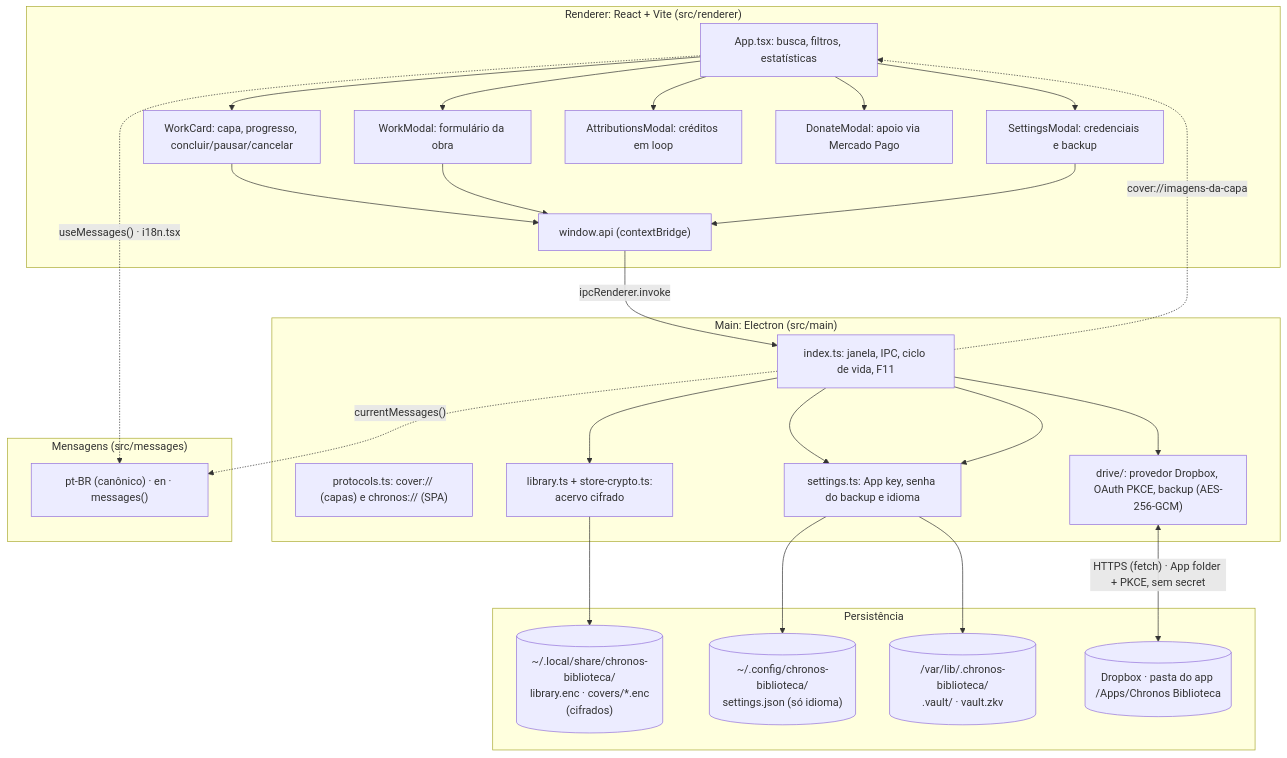
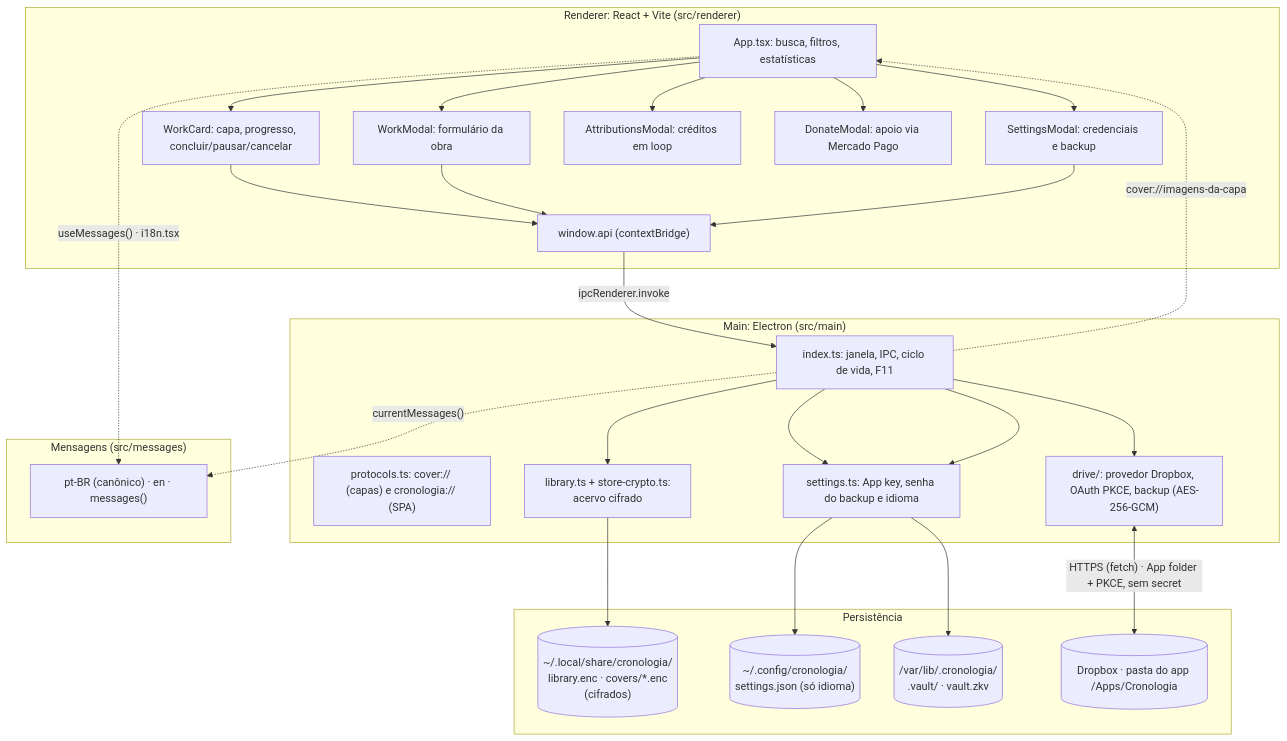
The first of 5 diagrams in README.md (chronos-atalante/chronos-biblioteca), drawn with Mermaid before and after one commit. The commit also changed other lines of this file and 66 other files, not shown here.

First line of the commit message:
refactor: rename project from "Chronos Biblioteca" to "Cronologia"

````diff
--- a/README.md
+++ b/README.md
@@ -230,49 +230,49 @@
 ```mermaid
 flowchart TD
     subgraph RENDERER["Renderer: React + Vite (src/renderer)"]
         UI1["App.tsx: busca, filtros, estatísticas"]
         UI2["WorkCard: capa, progresso, concluir/pausar/cancelar"]
         UI3["WorkModal: formulário da obra"]
         UI4["SettingsModal: credenciais e backup"]
         UI5["AttributionsModal: créditos em loop"]
         UI6["DonateModal: apoio via Mercado Pago"]
         BRIDGE["window.api (contextBridge)"]
         UI1 --> UI2
         UI1 --> UI3
         UI1 --> UI4
         UI1 --> UI5
         UI1 --> UI6
         UI2 --> BRIDGE
         UI3 --> BRIDGE
         UI4 --> BRIDGE
     end
 
     subgraph MAIN["Main: Electron (src/main)"]
         IDX["index.ts: janela, IPC, ciclo de vida, F11"]
-        PRT["protocols.ts: cover:// (capas) e chronos:// (SPA)"]
+        PRT["protocols.ts: cover:// (capas) e cronologia:// (SPA)"]
         LIB["library.ts + store-crypto.ts:<br/>acervo cifrado"]
         SET["settings.ts: App key, senha do backup e idioma"]
         DRV["drive/: provedor Dropbox, OAuth PKCE, backup (AES-256-GCM)"]
     end
 
     subgraph MSG["Mensagens (src/messages)"]
         M1["pt-BR (canônico) · en · messages()"]
     end
 
     subgraph STORAGE["Persistência"]
-        LOKAL[("~/.local/share/chronos-biblioteca/<br/>library.enc · covers/*.enc<br/>(cifrados)")]
-        CFG[("~/.config/chronos-biblioteca/<br/>settings.json (só idioma)")]
-        VAULT[("/var/lib/.chronos-biblioteca/<br/>.vault/ · vault.zkv")]
-        DRIVE[("Dropbox · pasta do app /Apps/Chronos Biblioteca")]
+        LOKAL[("~/.local/share/cronologia/<br/>library.enc · covers/*.enc<br/>(cifrados)")]
+        CFG[("~/.config/cronologia/<br/>settings.json (só idioma)")]
+        VAULT[("/var/lib/.cronologia/<br/>.vault/ · vault.zkv")]
+        DRIVE[("Dropbox · pasta do app /Apps/Cronologia")]
     end
 
     BRIDGE -->|"ipcRenderer.invoke"| IDX
     IDX --> LIB --> LOKAL
     IDX --> SET --> CFG
     IDX --> SET --> VAULT
     IDX --> DRV
     DRV <-->|"HTTPS (fetch) · App folder + PKCE, sem secret"| DRIVE
     IDX -.->|"cover://imagens-da-capa"| UI1
     UI1 -.->|"useMessages() · i18n.tsx"| M1
     IDX -.->|"currentMessages()"| M1
 ```
````
